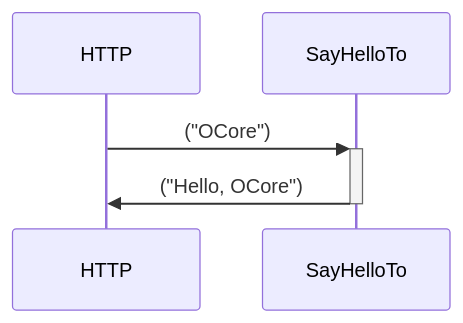
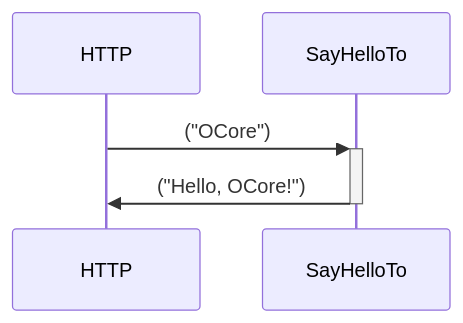
Before and after one commit to ocore-framework/OCore: the diagram in README.md, drawn with Mermaid. The commit also changed other lines of this file and 12 other files, not shown here.

````diff
--- a/README.md
+++ b/README.md
@@ -58,7 +64,7 @@
 ```mermaid
 sequenceDiagram
    participant HTTP
    participant SayHelloTo
    HTTP->>+SayHelloTo: ("OCore")   
-   SayHelloTo->>-HTTP: ("Hello, OCore")
+   SayHelloTo->>-HTTP: ("Hello, OCore!")
 ```
````
